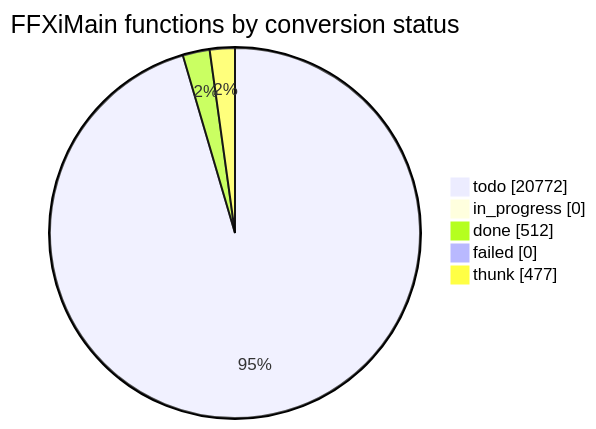
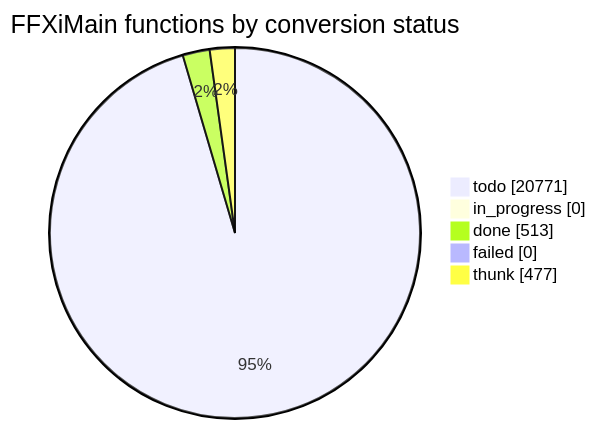
One commit to cowrevenge/cow_kuluu_xi_anything changed the diagram in docs/cow/STATUS.md. Above: the diagram before and after it, drawn with Mermaid. The commit also changed other lines of this file and 9 other files, not shown here.

````diff
--- a/docs/cow/STATUS.md
+++ b/docs/cow/STATUS.md
@@ -18,9 +18,9 @@
 ```mermaid
 pie showData
     title FFXiMain functions by conversion status
-    "todo" : 20772
+    "todo" : 20771
     "in_progress" : 0
-    "done" : 512
+    "done" : 513
     "failed" : 0
     "thunk" : 477
 ```
````
